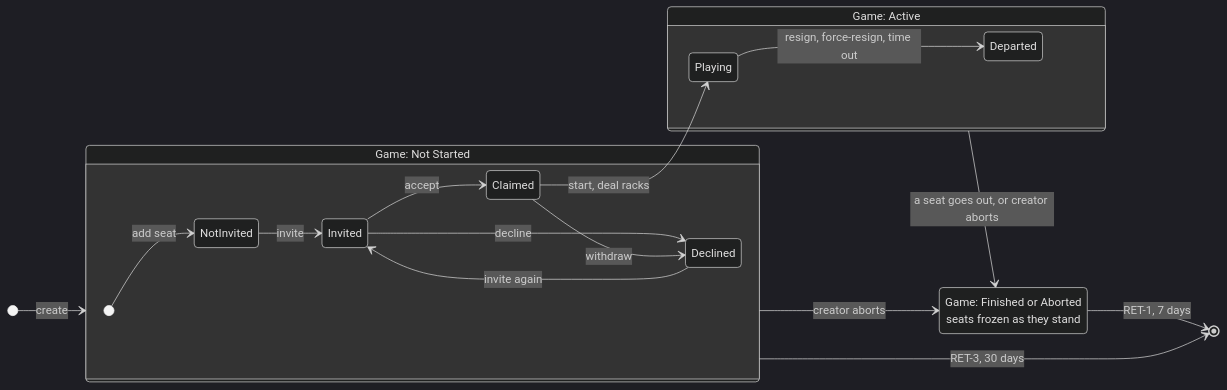
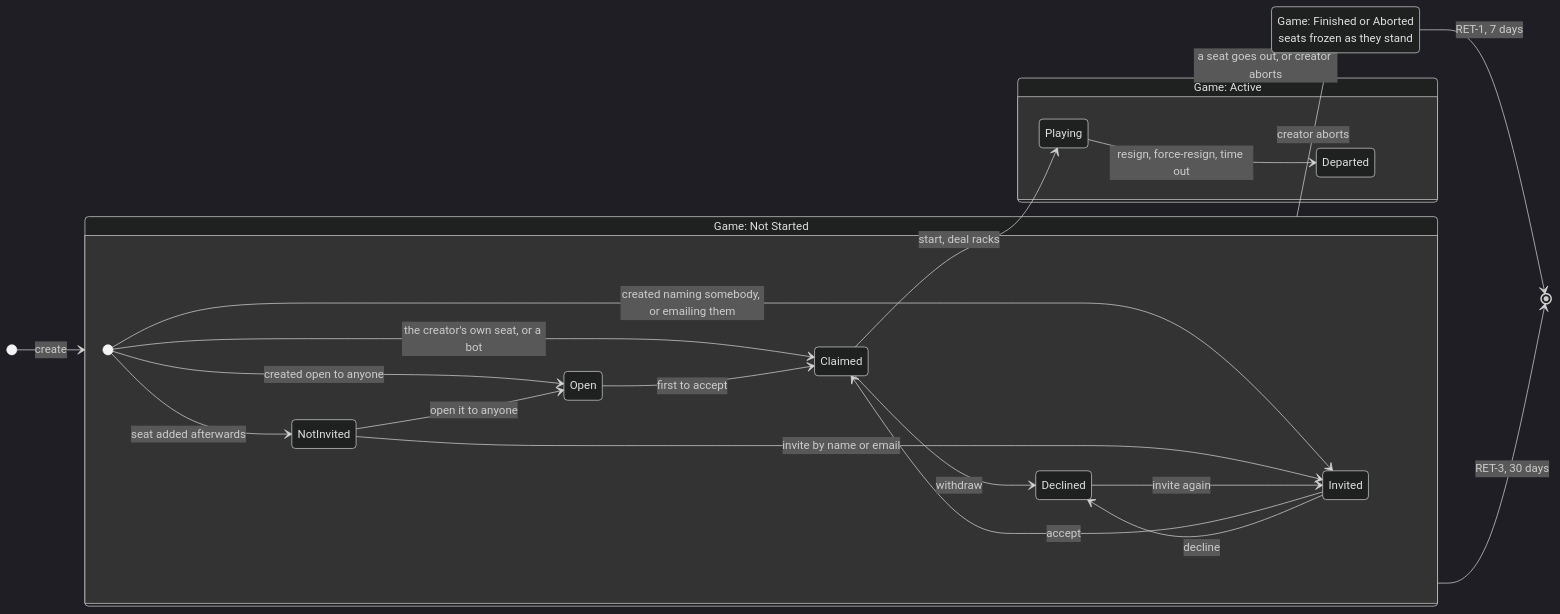
Before and after one commit to SteveStyle/scrabble-px: the first of 3 diagrams in docs/changes/71-one-game-model.md, drawn with Mermaid (dark theme). The commit also changed other lines of this file, not shown here.

First line of the commit message:
app 0.4.24 api 2.10: a seat is filled five ways, not one

````diff
--- a/docs/changes/71-one-game-model.md
+++ b/docs/changes/71-one-game-model.md
@@ -223,26 +245,31 @@
 ```mermaid
 stateDiagram-v2
     direction LR
     [*] --> NotStarted: create
 
     state "Game: Not Started" as NotStarted {
-        [*] --> NotInvited: add seat
-        NotInvited --> Invited: invite
+        [*] --> Claimed: the creator's own seat, or a bot
+        [*] --> Invited: created naming somebody, or emailing them
+        [*] --> Open: created open to anyone
+        [*] --> NotInvited: seat added afterwards
+        NotInvited --> Invited: invite by name or email
+        NotInvited --> Open: open it to anyone
         Invited --> Claimed: accept
+        Open --> Claimed: first to accept
         Invited --> Declined: decline
         Declined --> Invited: invite again
         Claimed --> Declined: withdraw
     }
 
     state "Game: Active" as Active {
         Playing --> Departed: resign, force-resign, time out
     }
 
     state "Game: Finished or Aborted<br/>seats frozen as they stand" as Over
 
     Claimed --> Playing: start, deal racks
     NotStarted --> Over: creator aborts
     Active --> Over: a seat goes out, or creator aborts
     NotStarted --> [*]: RET-3, 30 days
     Over --> [*]: RET-1, 7 days
 ```
````
